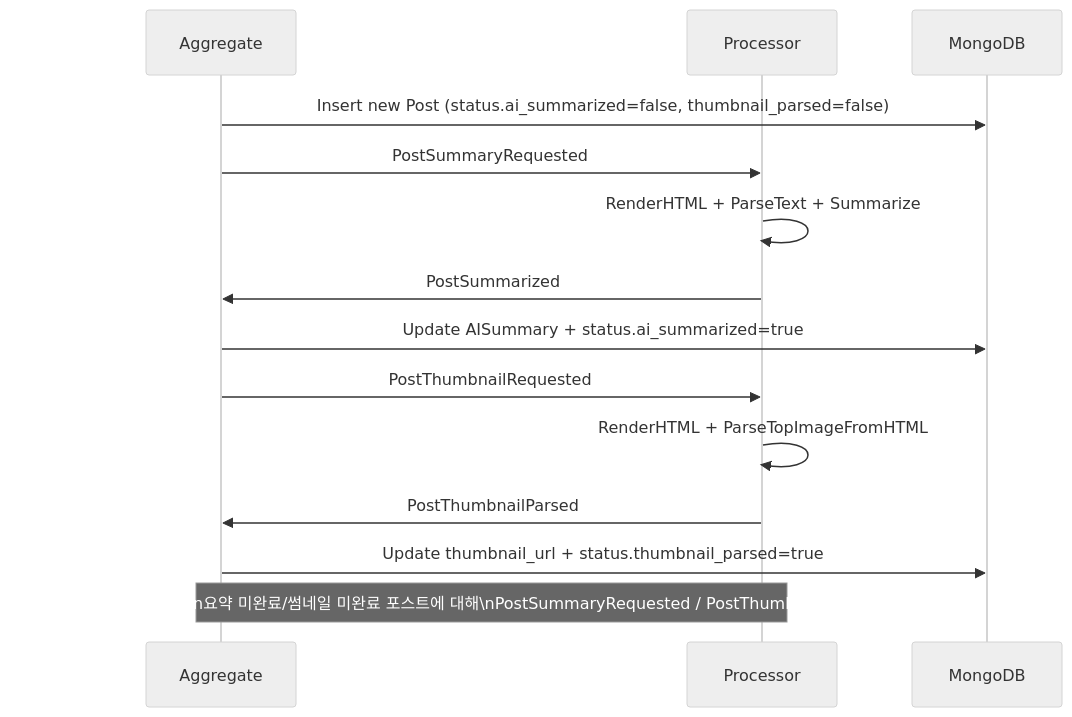
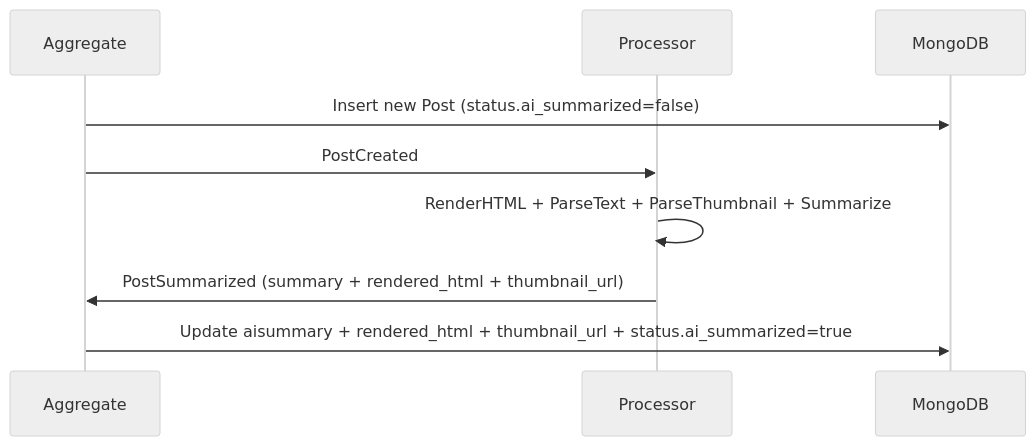
Before and after one commit to TechLetter/tech-letter: the diagram in README.md, drawn with Mermaid (neutral theme). The commit also changed other lines of this file and 15 other files, not shown here.

Commit message:
event flow 단순화

````diff
--- a/README.md
+++ b/README.md
@@ -67,19 +47,12 @@
 ```mermaid
 sequenceDiagram
     participant Agg as Aggregate
     participant Proc as Processor
     participant DB as MongoDB
 
-    Agg->>DB: Insert new Post (status.ai_summarized=false, thumbnail_parsed=false)
-    Agg->>Proc: PostSummaryRequested
-    Proc->>Proc: RenderHTML + ParseText + Summarize
-    Proc->>Agg: PostSummarized
-    Agg->>DB: Update AISummary + status.ai_summarized=true
-
-    Agg->>Proc: PostThumbnailRequested
-    Proc->>Proc: RenderHTML + ParseTopImageFromHTML
-    Proc->>Agg: PostThumbnailParsed
-    Agg->>DB: Update thumbnail_url + status.thumbnail_parsed=true
-
-    note over Agg,Proc: 주기적으로 Aggregate는\n요약 미완료/썸네일 미완료 포스트에 대해\nPostSummaryRequested / PostThumbnailRequested를 재발행
+    Agg->>DB: Insert new Post (status.ai_summarized=false)
+    Agg->>Proc: PostCreated
+    Proc->>Proc: RenderHTML + ParseText + ParseThumbnail + Summarize
+    Proc->>Agg: PostSummarized (summary + rendered_html + thumbnail_url)
+    Agg->>DB: Update aisummary + rendered_html + thumbnail_url + status.ai_summarized=true
 ```
````
